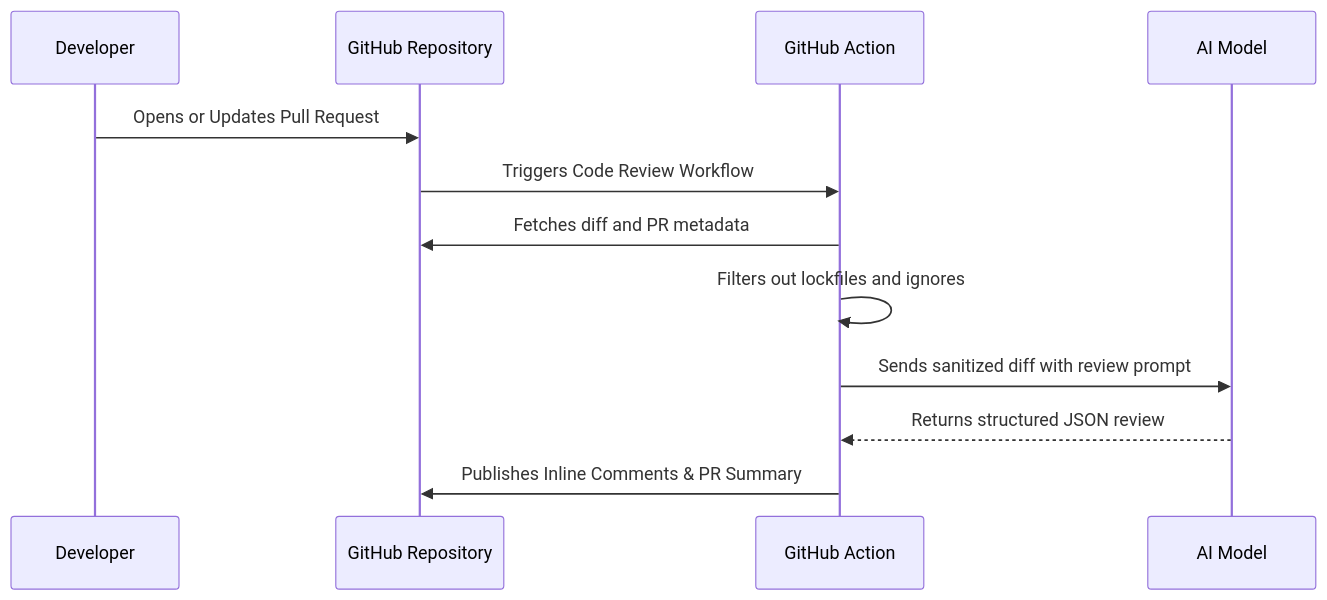
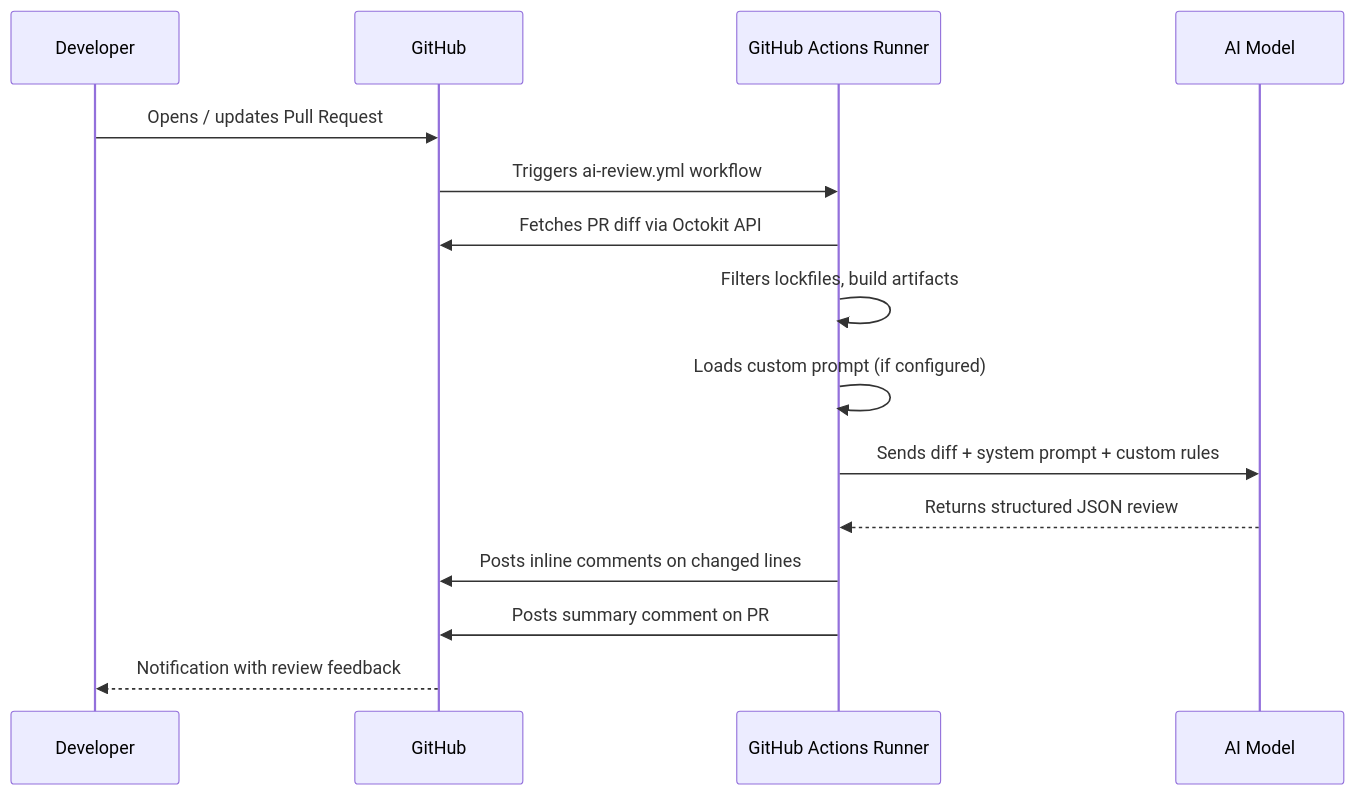
Before and after one commit to Tukesh1/nimo-code-review-agent: the diagram in README.md, drawn with Mermaid. The commit also changed other lines of this file, not shown here.

````diff
--- a/README.md
+++ b/README.md
@@ -125,15 +143,18 @@
 ```mermaid
 sequenceDiagram
     participant Dev as Developer
-    participant GH as GitHub Repository
-    participant Action as GitHub Action
+    participant GH as GitHub
+    participant Runner as GitHub Actions Runner
     participant AI as AI Model
 
-    Dev->>GH: Opens or Updates Pull Request
-    GH->>Action: Triggers Code Review Workflow
-    Action->>GH: Fetches diff and PR metadata
-    Action->>Action: Filters out lockfiles and ignores
-    Action->>AI: Sends sanitized diff with review prompt
-    AI-->>Action: Returns structured JSON review
-    Action->>GH: Publishes Inline Comments & PR Summary
+    Dev->>GH: Opens / updates Pull Request
+    GH->>Runner: Triggers ai-review.yml workflow
+    Runner->>GH: Fetches PR diff via Octokit API
+    Runner->>Runner: Filters lockfiles, build artifacts
+    Runner->>Runner: Loads custom prompt (if configured)
+    Runner->>AI: Sends diff + system prompt + custom rules
+    AI-->>Runner: Returns structured JSON review
+    Runner->>GH: Posts inline comments on changed lines
+    Runner->>GH: Posts summary comment on PR
+    GH-->>Dev: Notification with review feedback
 ```
````
